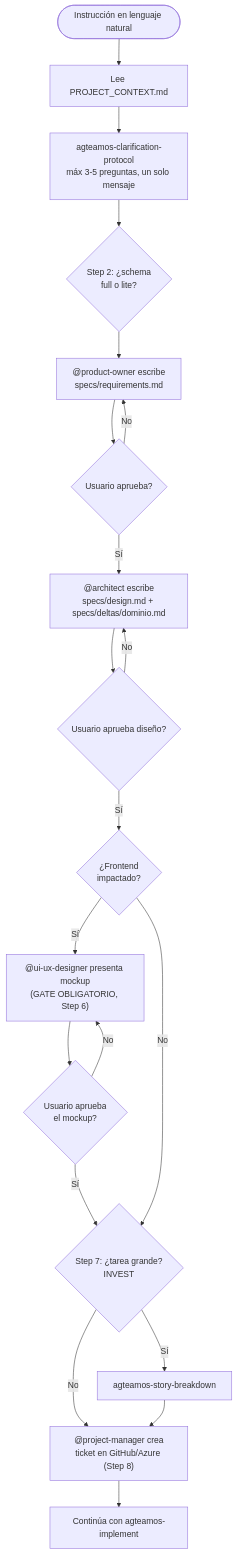
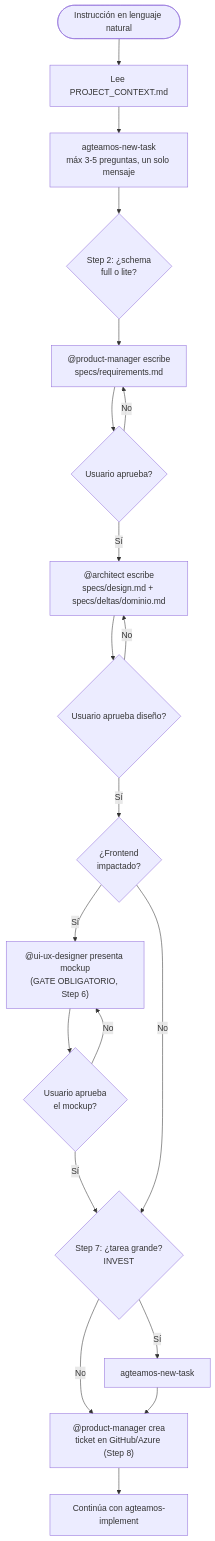
One commit to EJBereguete/claude-plugins changed the first of 2 diagrams in agteamos/docs/guias/crear-y-cerrar-una-tarea.md. Above: the diagram before and after it, drawn with Mermaid. The commit also changed other lines of this file and 134 other files, not shown here.

````diff
--- a/agteamos/docs/guias/crear-y-cerrar-una-tarea.md
+++ b/agteamos/docs/guias/crear-y-cerrar-una-tarea.md
@@ -16,22 +16,22 @@
 ```mermaid
 flowchart TD
     START([Instrucción en lenguaje natural]) --> CTX[Lee PROJECT_CONTEXT.md]
-    CTX --> CLARIFY["agteamos-clarification-protocol\nmáx 3-5 preguntas, un solo mensaje"]
+    CTX --> CLARIFY["agteamos-new-task\nmáx 3-5 preguntas, un solo mensaje"]
     CLARIFY --> SCHEMA{"Step 2: ¿schema\nfull o lite?"}
-    SCHEMA --> PO["@product-owner escribe\nspecs/requirements.md"]
+    SCHEMA --> PO["@product-manager escribe\nspecs/requirements.md"]
     PO --> GATE1{Usuario aprueba?}
     GATE1 -->|No| PO
     GATE1 -->|Sí| DES["@architect escribe\nspecs/design.md + specs/deltas/dominio.md"]
     DES --> GATE2{Usuario aprueba diseño?}
     GATE2 -->|No| DES
     GATE2 -->|Sí| FEQ{"¿Frontend\nimpactado?"}
     FEQ -->|Sí| MOCKUP["@ui-ux-designer presenta mockup\n(GATE OBLIGATORIO, Step 6)"]
     MOCKUP --> GATE3{Usuario aprueba\nel mockup?}
     GATE3 -->|No| MOCKUP
     GATE3 -->|Sí| INVEST
     FEQ -->|No| INVEST{"Step 7: ¿tarea grande?\nINVEST"}
-    INVEST -->|Sí| SPLIT[agteamos-story-breakdown]
+    INVEST -->|Sí| SPLIT[agteamos-new-task]
     INVEST -->|No| TICKET
-    SPLIT --> TICKET["@project-manager crea\nticket en GitHub/Azure (Step 8)"]
+    SPLIT --> TICKET["@product-manager crea\nticket en GitHub/Azure (Step 8)"]
     TICKET --> F3[Continúa con agteamos-implement]
 ```
````
